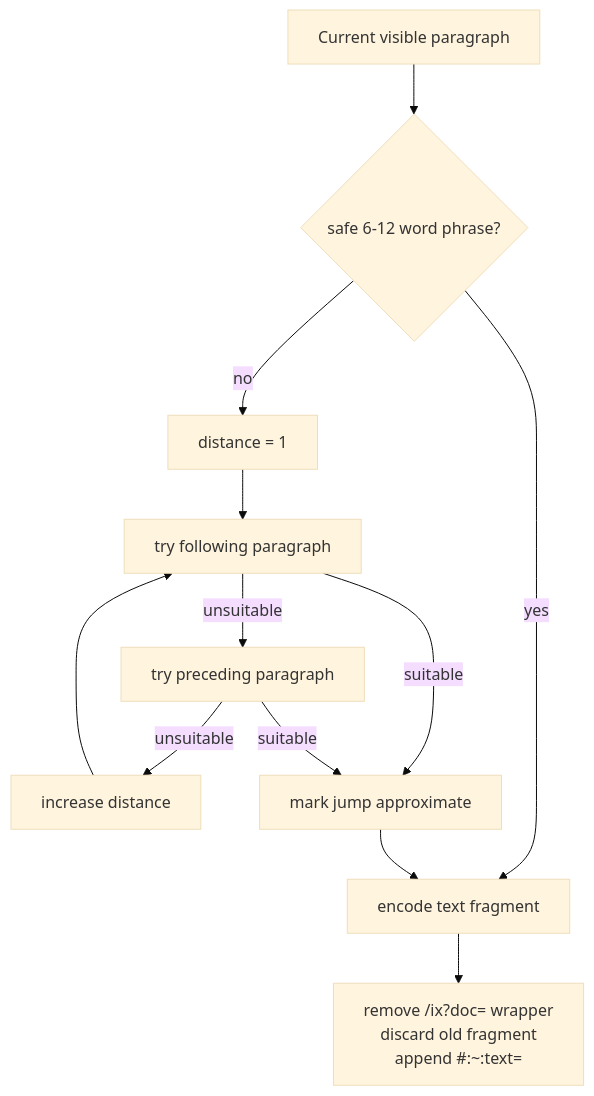
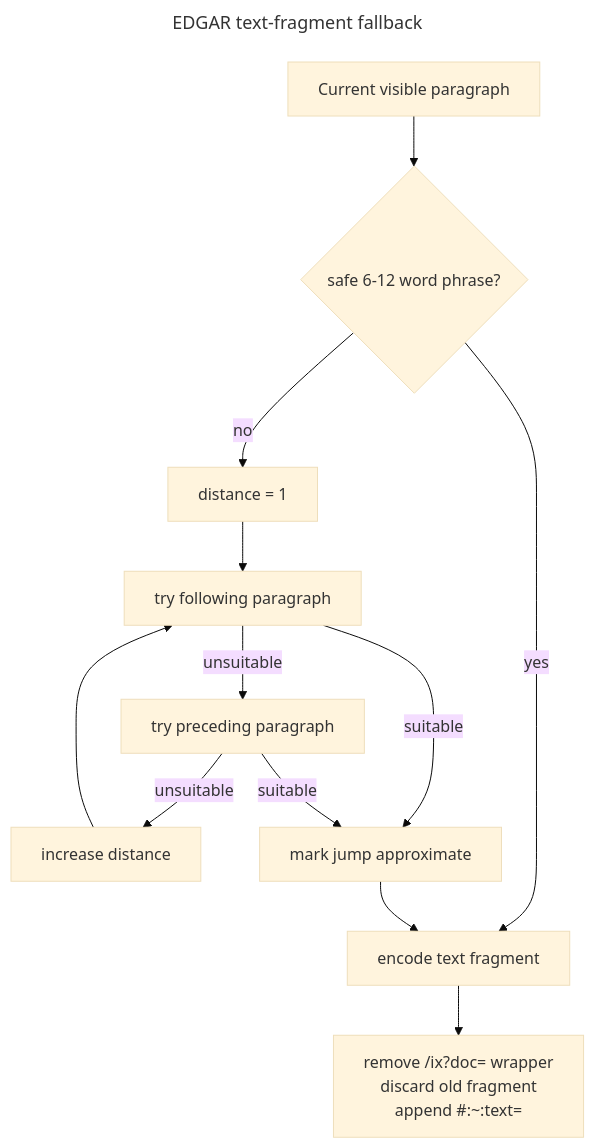
The fourth of 4 diagrams in docs/corpus-reader.md (hongchit/sec-filing-rag-poc), drawn with Mermaid (base theme) before and after one commit. The commit also changed other lines of this file and 43 other files, not shown here.

````diff
--- a/docs/corpus-reader.md
+++ b/docs/corpus-reader.md
@@ -186,14 +195,17 @@
 ```mermaid
+---
+title: EDGAR text-fragment fallback
+---
 flowchart TD
   C[Current visible paragraph] --> S{safe 6-12 word phrase?}
   S -- yes --> F[encode text fragment]
   S -- no --> N[distance = 1]
   N --> A[try following paragraph]
   A -->|unsuitable| B[try preceding paragraph]
   B -->|unsuitable| D[increase distance]
   D --> A
   A -->|suitable| AP[mark jump approximate]
   B -->|suitable| AP
   AP --> F
   F --> U[remove /ix?doc= wrapper<br/>discard old fragment<br/>append #:~:text=]
 ```
````
